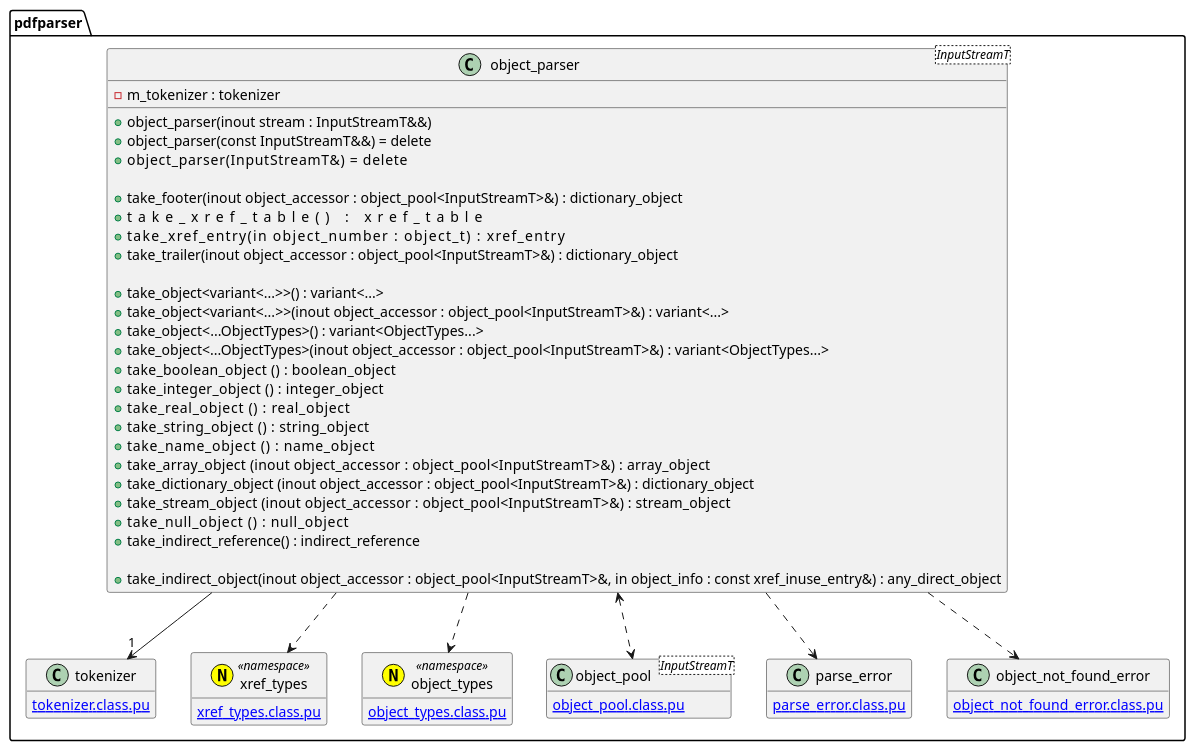
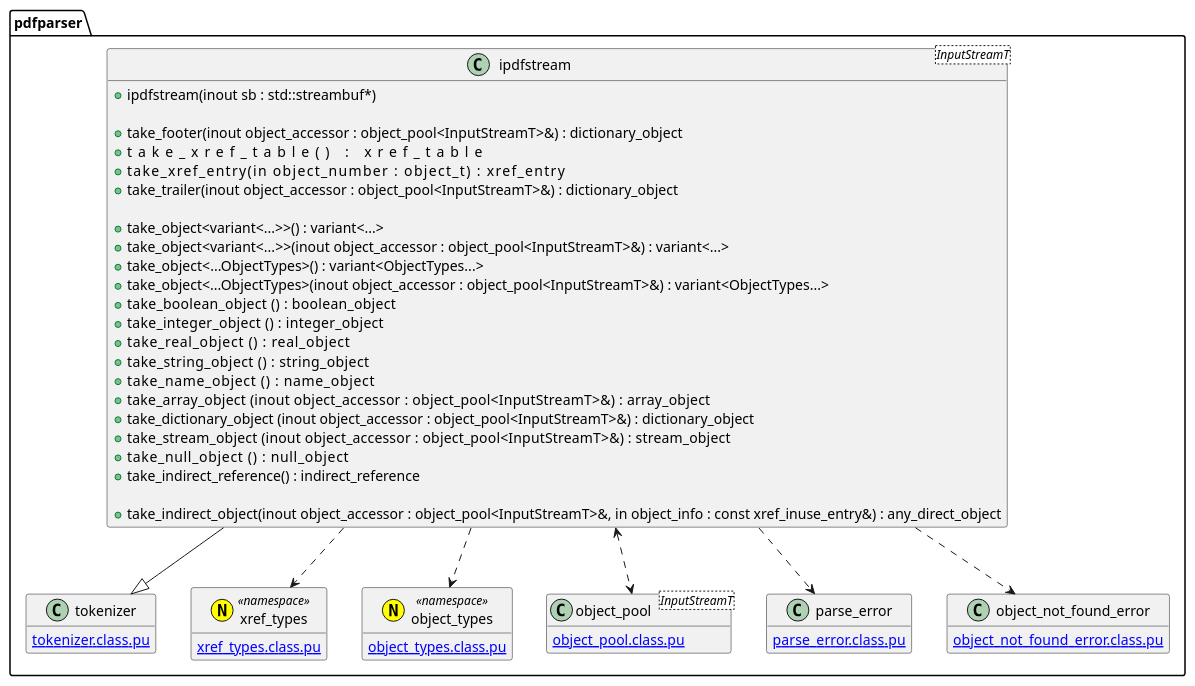
One commit to KodaiYM/PDFReader changed the diagram in document/document_reader/object_parser/object_parser.class.pu. Above: the diagram before and after it, drawn with PlantUML. The commit also changed 20 other files, not shown here.

Commit message:
ipdfstream と std::istream の間を継承関係で設計し直した

```diff
--- a/document/document_reader/object_parser/object_parser.class.pu
+++ b/document/document_reader/object_parser/object_parser.class.pu
@@ -1,59 +1,55 @@
-@startuml object_parser
+@startuml ipdfstream
 hide empty members
 namespace pdfparser {
-class object_parser<InputStreamT> {
-	-m_tokenizer : tokenizer
-
-	+object_parser(inout stream : InputStreamT&&)
-	+object_parser(const InputStreamT&&) = delete
-	+object_parser(InputStreamT&)        = delete
+class ipdfstream<InputStreamT> {
+	+ipdfstream(inout sb : std::streambuf*)
 
 	+take_footer(inout object_accessor : object_pool<InputStreamT>&)  : dictionary_object
 	+take_xref_table()                                                : xref_table
 	+take_xref_entry(in object_number : object_t)                     : xref_entry
 	+take_trailer(inout object_accessor : object_pool<InputStreamT>&) : dictionary_object
 
 	+take_object<variant<...>>() : variant<...>
 	+take_object<variant<...>>(inout object_accessor : object_pool<InputStreamT>&) : variant<...>
 	+take_object<...ObjectTypes>() : variant<ObjectTypes...>
 	+take_object<...ObjectTypes>(inout object_accessor : object_pool<InputStreamT>&) : variant<ObjectTypes...>
 	+take_boolean_object    () : boolean_object
 	+take_integer_object    () : integer_object
 	+take_real_object       () : real_object
 	+take_string_object     () : string_object
 	+take_name_object       () : name_object
 	+take_array_object      (inout object_accessor : object_pool<InputStreamT>&) : array_object
 	+take_dictionary_object (inout object_accessor : object_pool<InputStreamT>&) : dictionary_object
 	+take_stream_object     (inout object_accessor : object_pool<InputStreamT>&) : stream_object
 	+take_null_object       () : null_object
 	+take_indirect_reference() : indirect_reference
 
 	+take_indirect_object(inout object_accessor : object_pool<InputStreamT>&, in object_info : const xref_inuse_entry&) : any_direct_object
 }
-object_parser --> "1" tokenizer
-object_parser ..> xref_types
-object_parser ..> object_types
-object_parser <..> object_pool
-object_parser ..> parse_error
-object_parser ..> object_not_found_error
+ipdfstream --|> tokenizer
+ipdfstream ..> xref_types
+ipdfstream ..> object_types
+ipdfstream <..> object_pool
+ipdfstream ..> parse_error
+ipdfstream ..> object_not_found_error
 
 class tokenizer {
 	[[tokenizer.class.pu]]
 }
 annotation xref_types <<(N, yellow) namespace>> {
 	[[xref_types.class.pu]]
 }
 annotation object_types <<(N, yellow) namespace>> {
 	[[object_types.class.pu]]
 }
 class object_pool<InputStreamT> {
 	[[object_pool.class.pu]]
 }
 class parse_error {
 	[[parse_error.class.pu]]
 }
 class object_not_found_error {
 	[[object_not_found_error.class.pu]]
 }
 }
 @enduml
```
